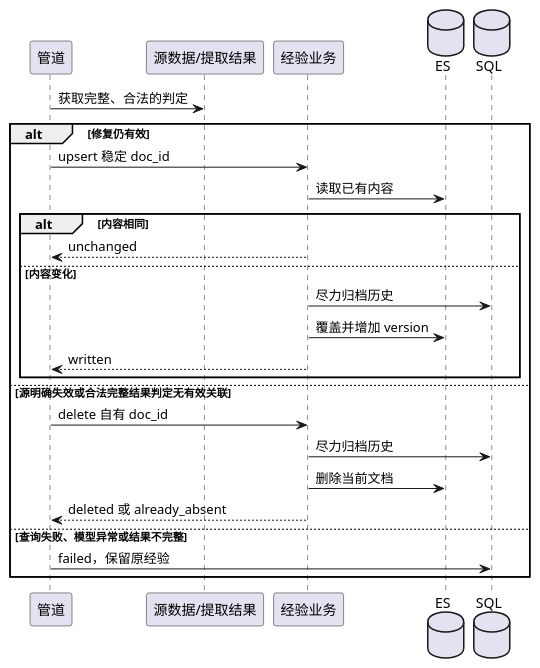
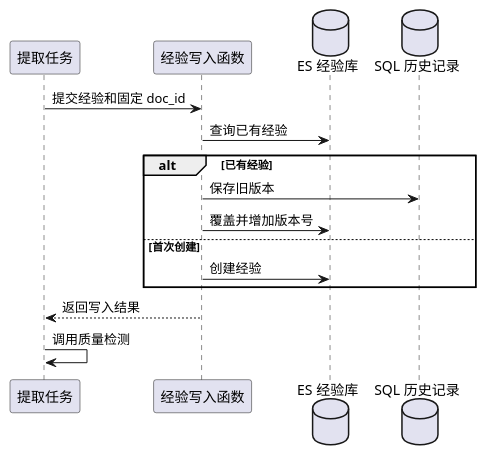
One commit to yf990848-droid/experience changed diagram 13 of 15 in docs/调测轨迹经验提取设计文档.md. Above: the diagram before and after it, drawn with PlantUML. The commit also changed other lines of this file, not shown here.

Commit message:
docs: 简化设计文档用词并统一业务模块流程图

````diff
--- a/docs/调测轨迹经验提取设计文档.md
+++ b/docs/调测轨迹经验提取设计文档.md
@@ -509,28 +463,18 @@
 ```plantuml
 @startuml
-participant "管道" as P
-participant "源数据/提取结果" as D
-participant "经验业务" as E
-database "ES" as ES
-database "SQL" as SQL
-P -> D : 获取完整、合法的判定
-alt 修复仍有效
-  P -> E : upsert 稳定 doc_id
-  E -> ES : 读取已有内容
-  alt 内容相同
-    E --> P : unchanged
-  else 内容变化
-    E -> SQL : 尽力归档历史
-    E -> ES : 覆盖并增加 version
-    E --> P : written
-  end
-else 源明确失效或合法完整结果判定无有效关联
-  P -> E : delete 自有 doc_id
-  E -> SQL : 尽力归档历史
-  E -> ES : 删除当前文档
-  E --> P : deleted 或 already_absent
-else 查询失败、模型异常或结果不完整
-  P -> SQL : failed，保留原经验
+participant "提取任务" as T
+participant "经验写入函数" as W
+database "ES 经验库" as E
+database "SQL 历史记录" as S
+T -> W : 提交经验和固定 doc_id
+W -> E : 查询已有经验
+alt 已有经验
+  W -> S : 保存旧版本
+  W -> E : 覆盖并增加版本号
+else 首次创建
+  W -> E : 创建经验
 end
+W --> T : 返回写入结果
+T -> T : 调用质量检测
 @enduml
 ```
````
